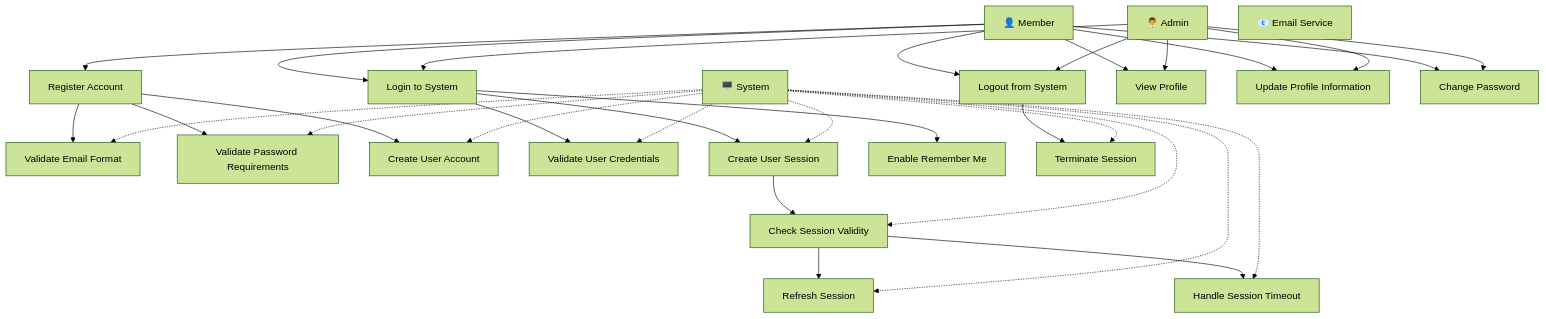
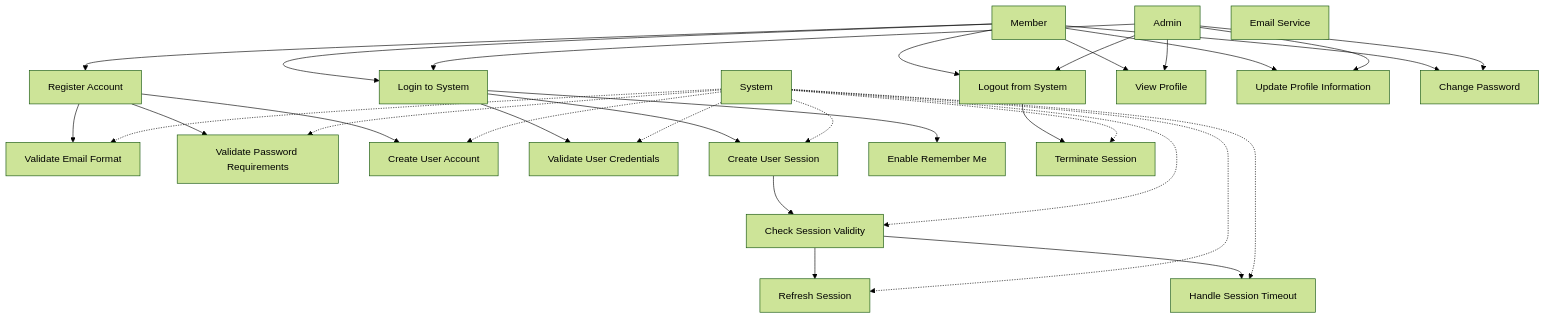
The diagram in uml-diagrams/04-authentication-usecase-diagram.mmd (cagricakmaktepe/davon-library-system), drawn with Mermaid (forest theme) before and after one commit. The commit also changed 50 other files, not shown here.

First line of the commit message:
feat(database): create initial SQL script for library schema and data seeding

```diff
--- a/uml-diagrams/04-authentication-usecase-diagram.mmd
+++ b/uml-diagrams/04-authentication-usecase-diagram.mmd
@@ -1,68 +1,68 @@
-graph TD
-    Member["👤 Member"]
-    Admin["👨‍💼 Admin"]
-    System["🖥️ System"]
-    EmailService["📧 Email Service"]
+flowchart TD
+    Member["Member"]
+    Admin["Admin"]
+    System["System"]
+    EmailService["Email Service"]
     
     %% Registration Use Cases
     Register["Register Account"]
     ValidateEmail["Validate Email Format"]
     ValidatePassword["Validate Password Requirements"]
     CreateAccount["Create User Account"]
     
     %% Authentication Use Cases
     Login["Login to System"]
     ValidateCredentials["Validate User Credentials"]
     CreateSession["Create User Session"]
     RememberMe["Enable Remember Me"]
     Logout["Logout from System"]
     TerminateSession["Terminate Session"]
     
     %% Profile Management
     ViewProfile["View Profile"]
     UpdateProfile["Update Profile Information"]
     ChangePassword["Change Password"]
     
     %% Session Management
     CheckSession["Check Session Validity"]
     RefreshSession["Refresh Session"]
     SessionTimeout["Handle Session Timeout"]
     
     %% Relationships
     Member --> Register
     Member --> Login
     Member --> ViewProfile
     Member --> UpdateProfile
     Member --> ChangePassword
     Member --> Logout
     
     Admin --> Login
     Admin --> ViewProfile
     Admin --> UpdateProfile
     Admin --> ChangePassword
     Admin --> Logout
     
     Register --> ValidateEmail
     Register --> ValidatePassword
     Register --> CreateAccount
     
     Login --> ValidateCredentials
     Login --> CreateSession
     Login --> RememberMe
     
     Logout --> TerminateSession
     
     CreateSession --> CheckSession
     CheckSession --> RefreshSession
     CheckSession --> SessionTimeout
     
     %% System interactions
     System -.-> ValidateEmail
     System -.-> ValidatePassword
     System -.-> CreateAccount
     System -.-> ValidateCredentials
     System -.-> CreateSession
     System -.-> TerminateSession
     System -.-> CheckSession
     System -.-> RefreshSession
     System -.-> SessionTimeout
```
